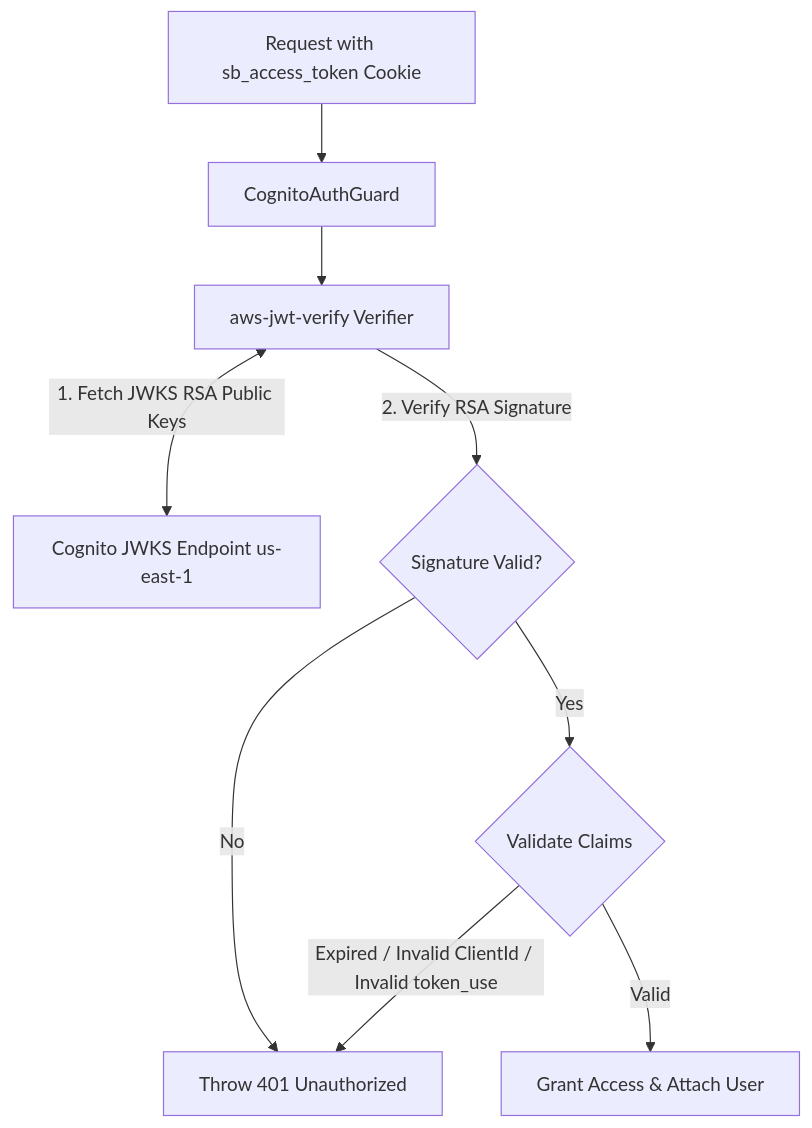
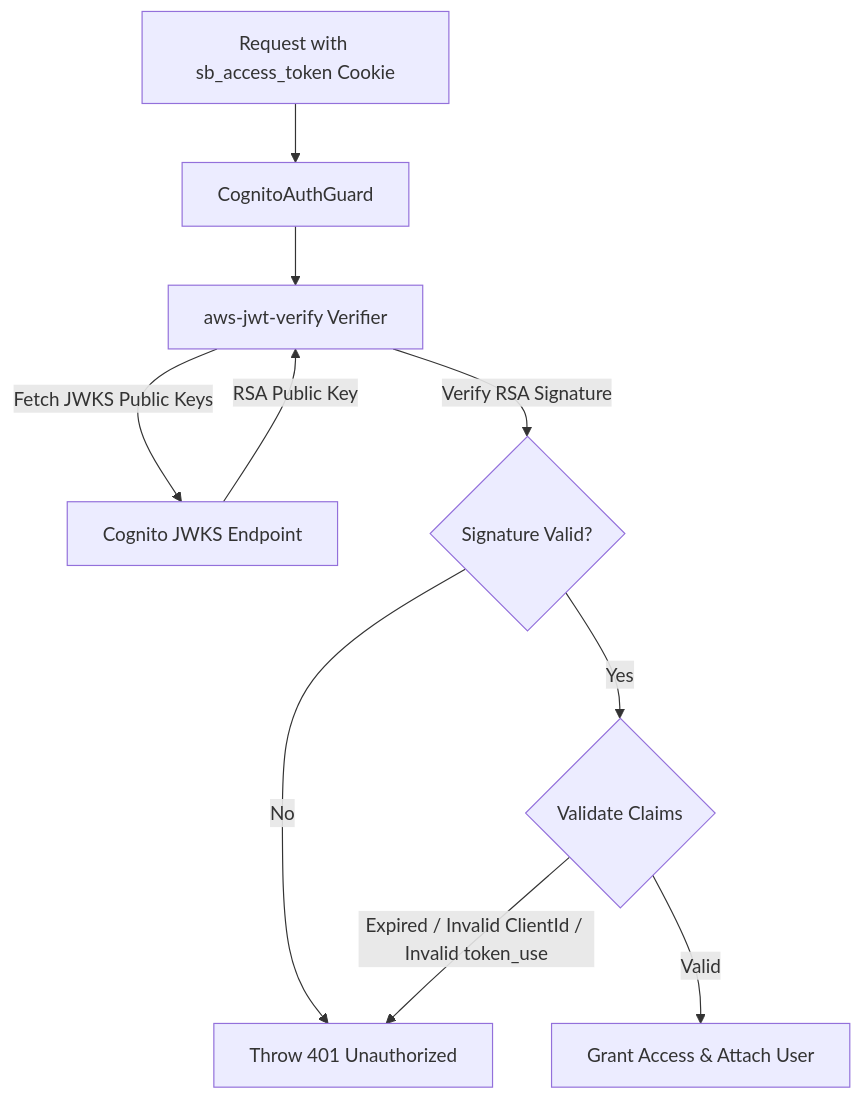
Before and after one commit to KelvinPhans/fcj-workshop: the diagram in content/3-BlogsPosted/3.2-Blog2/_index.md, drawn with Mermaid. The commit also changed other lines of this file and 30 other files, not shown here.

Commit message:
docs: update PostgreSQL, technical blogs, diagrams and events

````diff
--- a/content/3-BlogsPosted/3.2-Blog2/_index.md
+++ b/content/3-BlogsPosted/3.2-Blog2/_index.md
@@ -86,11 +88,12 @@
-```mermaid
+{{< mermaid >}}
 graph TD
     Request[Request with sb_access_token Cookie] --> Guard[CognitoAuthGuard]
     Guard --> Verifier[aws-jwt-verify Verifier]
-    Verifier <-->|1. Fetch JWKS RSA Public Keys| JWKS[Cognito JWKS Endpoint us-east-1]
-    Verifier -->|2. Verify RSA Signature| SigCheck{Signature Valid?}
+    Verifier -->|Fetch JWKS Public Keys| JWKS[Cognito JWKS Endpoint]
+    JWKS -->|RSA Public Key| Verifier
+    Verifier -->|Verify RSA Signature| SigCheck{Signature Valid?}
     SigCheck -- No --> Reject[Throw 401 Unauthorized]
     SigCheck -- Yes --> ClaimsCheck{Validate Claims}
     ClaimsCheck -- Expired / Invalid ClientId / Invalid token_use --> Reject
     ClaimsCheck -- Valid --> Pass[Grant Access & Attach User]
-```
+{{< /mermaid >}}
````
